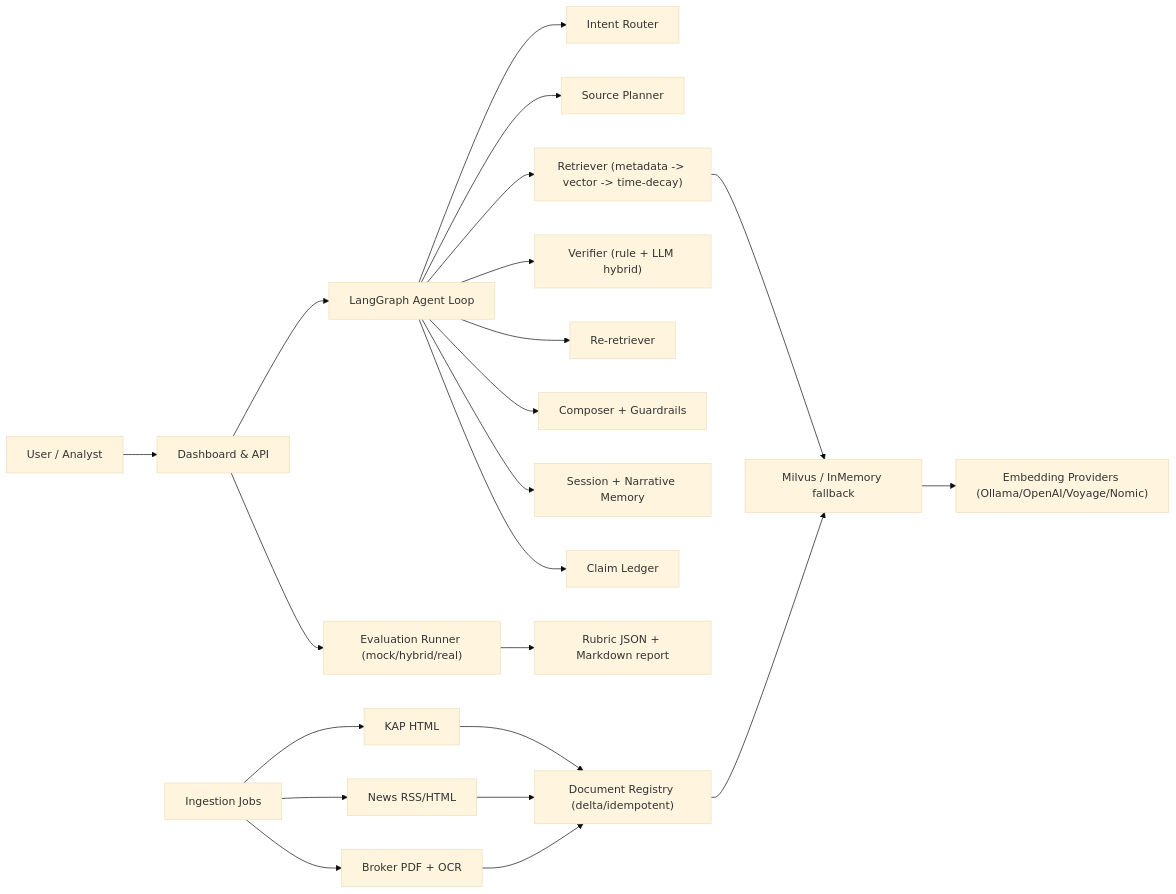
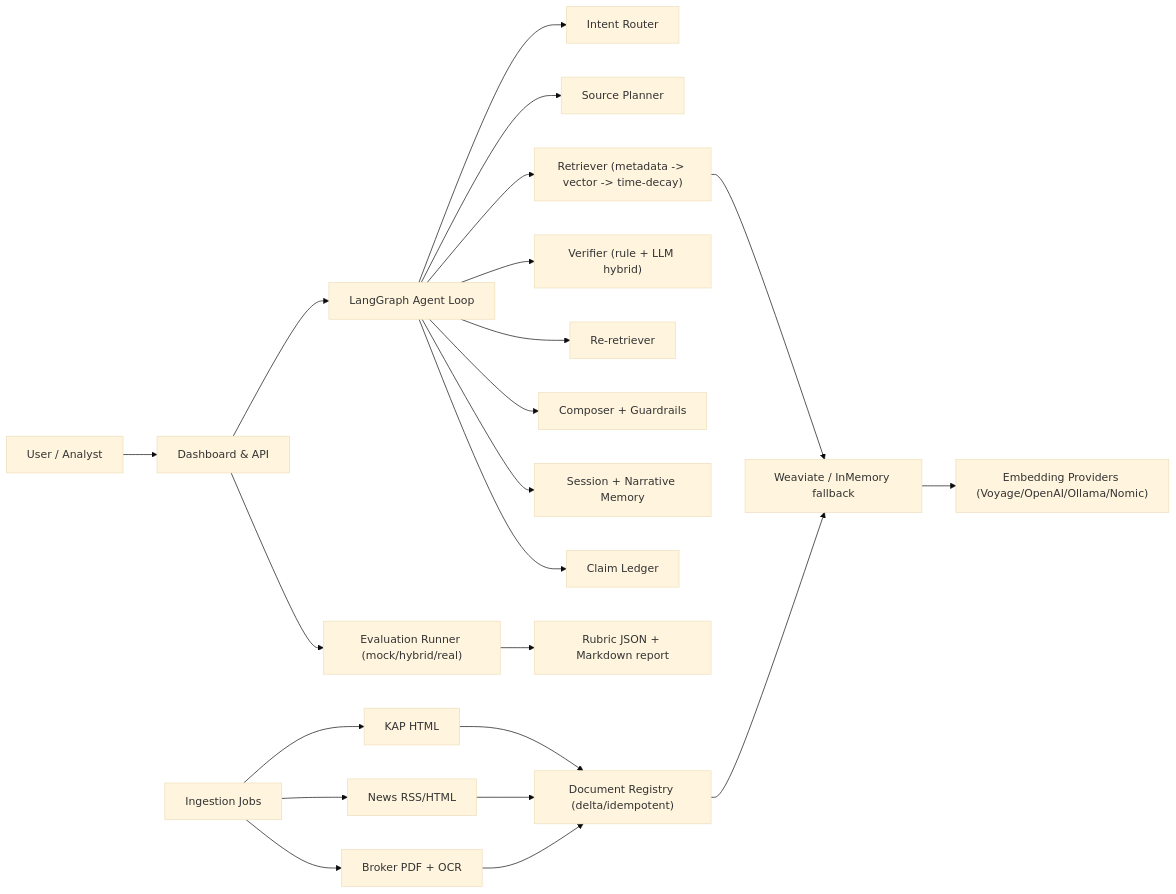
One commit to DommLee/rag-projesi changed the diagram in docs/architecture.mmd. Above: the diagram before and after it, drawn with Mermaid (base theme). The commit also changed other lines of this file and 2804 other files, not shown here.

```diff
--- a/docs/architecture.mmd
+++ b/docs/architecture.mmd
@@ -1,25 +1,25 @@
 flowchart LR
     U["User / Analyst"] --> UI["Dashboard & API"]
     UI --> AG["LangGraph Agent Loop"]
     AG --> INT["Intent Router"]
     AG --> PL["Source Planner"]
     AG --> RET["Retriever (metadata -> vector -> time-decay)"]
     AG --> VER["Verifier (rule + LLM hybrid)"]
     AG --> RR["Re-retriever"]
     AG --> CMP["Composer + Guardrails"]
 
-    RET --> VS["Milvus / InMemory fallback"]
-    VS --> EMB["Embedding Providers (Ollama/OpenAI/Voyage/Nomic)"]
+    RET --> VS["Weaviate / InMemory fallback"]
+    VS --> EMB["Embedding Providers (Voyage/OpenAI/Ollama/Nomic)"]
 
     INJ["Ingestion Jobs"] --> KAP["KAP HTML"]
     INJ --> NEWS["News RSS/HTML"]
     INJ --> PDF["Broker PDF + OCR"]
     KAP --> REG["Document Registry (delta/idempotent)"]
     NEWS --> REG
     PDF --> REG
     REG --> VS
 
     AG --> MEM["Session + Narrative Memory"]
     AG --> LED["Claim Ledger"]
     UI --> EVAL["Evaluation Runner (mock/hybrid/real)"]
     EVAL --> REP["Rubric JSON + Markdown report"]
```
